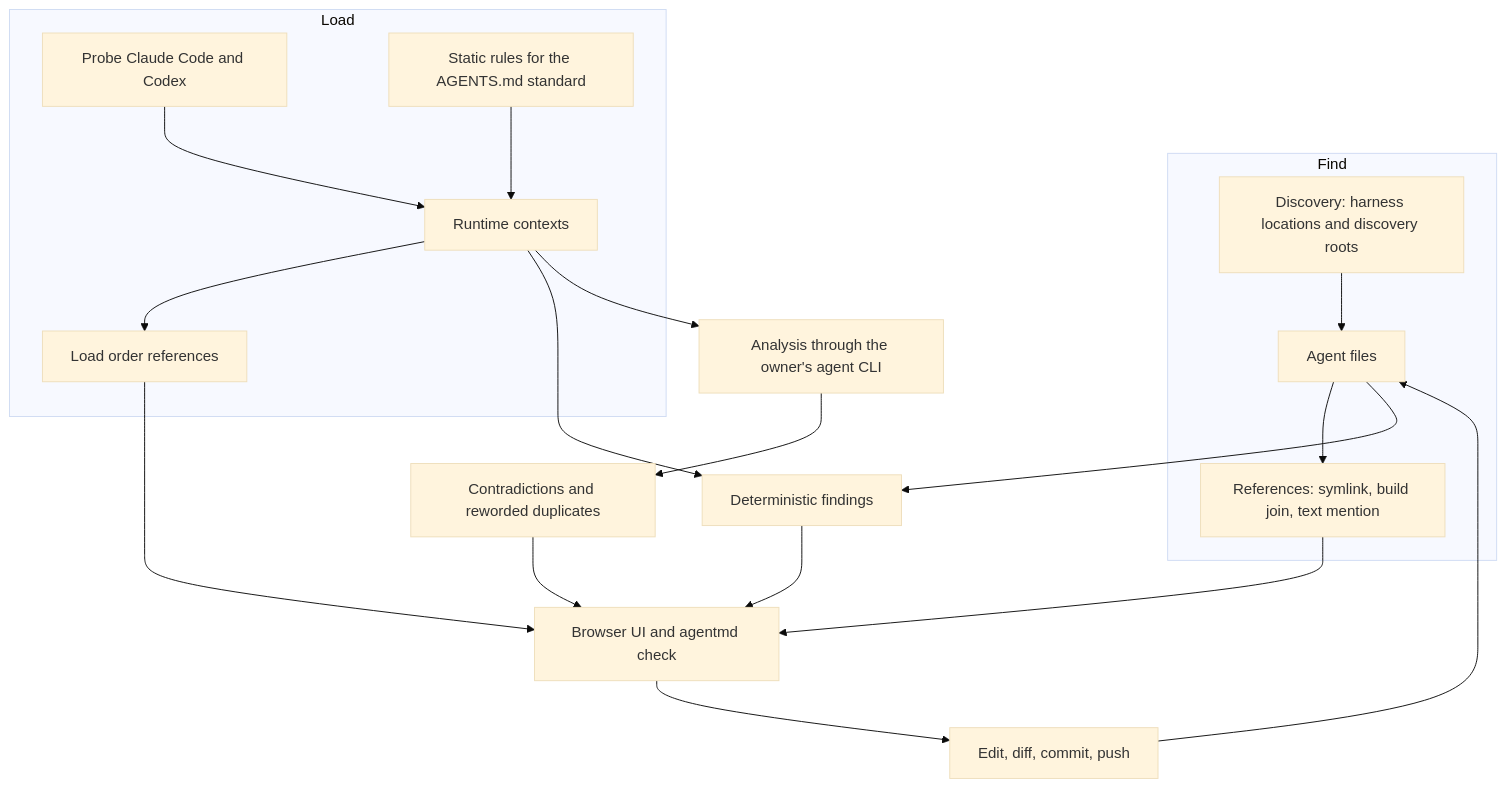
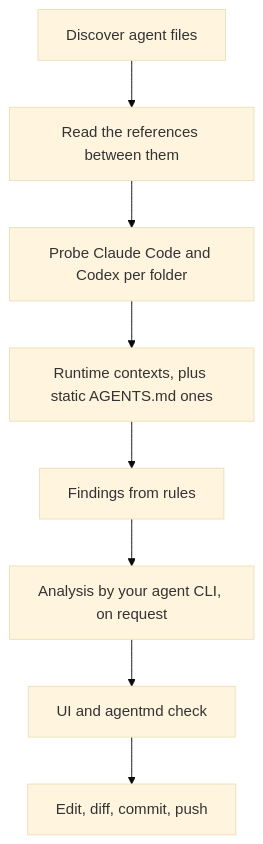
One commit to ViktorBarzin/agentmd changed the first of 4 diagrams in docs/plans/2026-09-26-agentmd-v1.md. Above: the diagram before and after it, drawn with Mermaid (base theme). The commit also changed other lines of this file, not shown here.

First line of the commit message:
Redraw the plan's diagrams as narrow top-down flows

````diff
--- a/docs/plans/2026-09-26-agentmd-v1.md
+++ b/docs/plans/2026-09-26-agentmd-v1.md
@@ -50,22 +50,10 @@
 ```mermaid
 flowchart TD
-  subgraph find[Find]
-    D[Discovery: harness locations and discovery roots] --> F[Agent files]
-    F --> R[References: symlink, build join, text mention]
-  end
-  subgraph load[Load]
-    P[Probe Claude Code and Codex] --> C[Runtime contexts]
-    S[Static rules for the AGENTS.md standard] --> C
-    C --> LO[Load order references]
-  end
-  F --> DF[Deterministic findings]
-  C --> DF
-  C --> A[Analysis through the owner's agent CLI]
-  A --> LF[Contradictions and reworded duplicates]
-  R --> UI
-  LO --> UI
-  DF --> UI
-  LF --> UI
-  UI[Browser UI and agentmd check] --> E[Edit, diff, commit, push]
-  E --> F
+  D[Discover agent files] --> R[Read the references between them]
+  R --> P[Probe Claude Code and Codex per folder]
+  P --> C[Runtime contexts, plus static AGENTS.md ones]
+  C --> F[Findings from rules]
+  F --> A[Analysis by your agent CLI, on request]
+  A --> UI[UI and agentmd check]
+  UI --> E[Edit, diff, commit, push]
 ```
````
